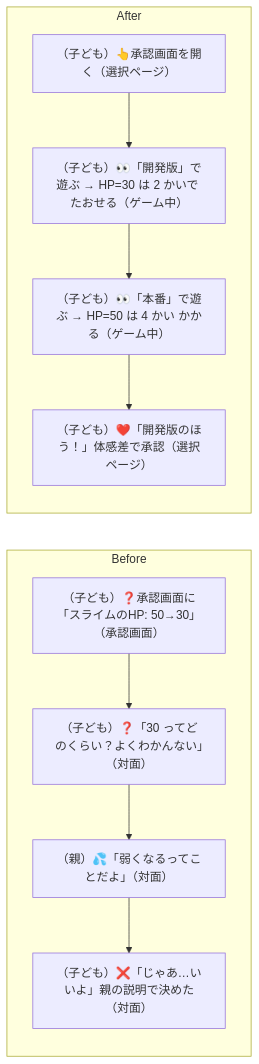
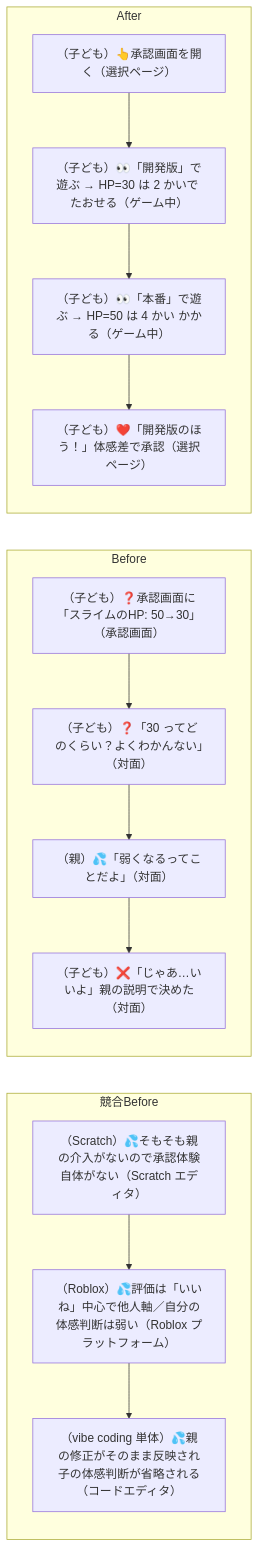
One commit to tatsuro-ueda/code-quest-pyxel changed diagram 30 of 42 in docs/customer-journeys.md. Above: the diagram before and after it, drawn with Mermaid. The commit also changed other lines of this file, not shown here.

````diff
--- a/docs/customer-journeys.md
+++ b/docs/customer-journeys.md
@@ -918,15 +918,20 @@
 ```mermaid
 flowchart LR
+    subgraph Competitor["競合Before"]
+        C1[（Scratch）💦そもそも親の介入がないので承認体験自体がない（Scratch エディタ）]
+        C1 --> C2[（Roblox）💦評価は「いいね」中心で他人軸／自分の体感判断は弱い（Roblox プラットフォーム）]
+        C2 --> C3[（vibe coding 単体）💦親の修正がそのまま反映され子の体感判断が省略される（コードエディタ）]
+    end
     subgraph Before["Before"]
         B1[（子ども）❓承認画面に「スライムのHP: 50→30」（承認画面）]
         B1 --> B2[（子ども）❓「30 ってどのくらい？よくわかんない」（対面）]
         B2 --> B3[（親）💦「弱くなるってことだよ」（対面）]
         B3 --> B4[（子ども）❌「じゃあ…いいよ」親の説明で決めた（対面）]
     end
     subgraph After["After"]
         A1[（子ども）👆承認画面を開く（選択ページ）]
         A1 --> A2[（子ども）👀「開発版」で遊ぶ → HP=30 は 2 かいで たおせる（ゲーム中）]
         A2 --> A3[（子ども）👀「本番」で遊ぶ → HP=50 は 4 かい かかる（ゲーム中）]
         A3 --> A4[（子ども）❤️「開発版のほう！」体感差で承認（選択ページ）]
     end
 ```
````
